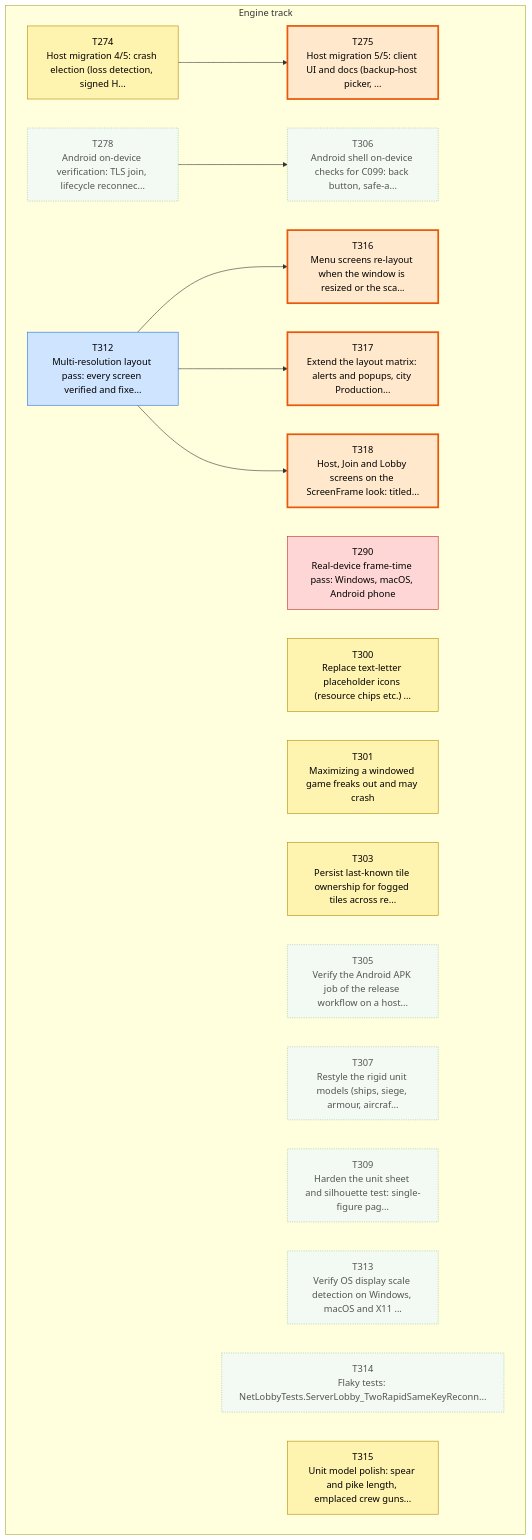
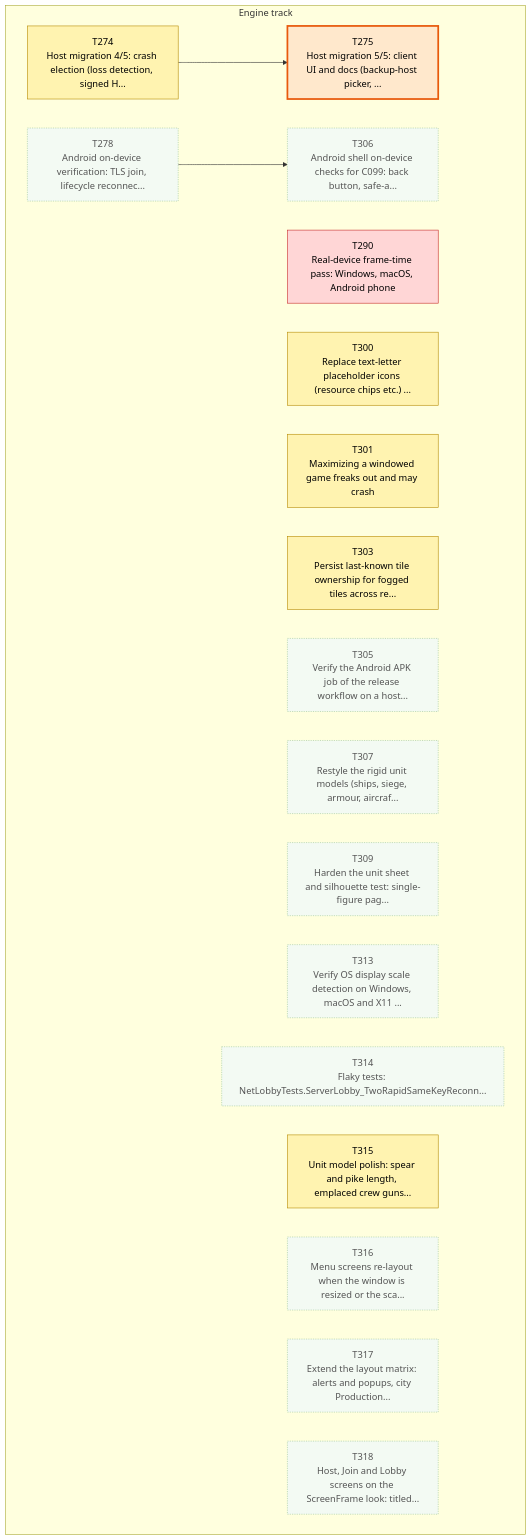
Before and after one commit to Kenmura/Unciv: the first of 3 diagrams in csharp/migration/DEPENDENCY_MAP.md, drawn with Mermaid. The commit also changed other lines of this file and 1 other file, not shown here.

````diff
--- a/csharp/migration/DEPENDENCY_MAP.md
+++ b/csharp/migration/DEPENDENCY_MAP.md
@@ -35,53 +35,48 @@
 ```mermaid
 flowchart TD
   subgraph TTRACK["Engine track"]
     T274["T274<br/>Host migration 4/5: crash election (loss detection, signed H..."]
     T275["T275<br/>Host migration 5/5: client UI and docs (backup-host picker, ..."]
     T278["T278<br/>Android on-device verification: TLS join, lifecycle reconnec..."]
     T290["T290<br/>Real-device frame-time pass: Windows, macOS, Android phone"]
     T300["T300<br/>Replace text-letter placeholder icons (resource chips etc.) ..."]
     T301["T301<br/>Maximizing a windowed game freaks out and may crash"]
     T303["T303<br/>Persist last-known tile ownership for fogged tiles across re..."]
     T305["T305<br/>Verify the Android APK job of the release workflow on a host..."]
     T306["T306<br/>Android shell on-device checks for C099: back button, safe-a..."]
     T307["T307<br/>Restyle the rigid unit models (ships, siege, armour, aircraf..."]
     T309["T309<br/>Harden the unit sheet and silhouette test: single-figure pag..."]
-    T312["T312<br/>Multi-resolution layout pass: every screen verified and fixe..."]
     T313["T313<br/>Verify OS display scale detection on Windows, macOS and X11 ..."]
     T314["T314<br/>Flaky tests: NetLobbyTests.ServerLobby_TwoRapidSameKeyReconn..."]
     T315["T315<br/>Unit model polish: spear and pike length, emplaced crew guns..."]
     T316["T316<br/>Menu screens re-layout when the window is resized or the sca..."]
     T317["T317<br/>Extend the layout matrix: alerts and popups, city Production..."]
     T318["T318<br/>Host, Join and Lobby screens on the ScreenFrame look: titled..."]
   end
   T274 --> T275
   T278 --> T306
-  T312 --> T316
-  T312 --> T317
-  T312 --> T318
   classDef waiting fill:#f3faf3,stroke:#9bc49b,color:#555,stroke-dasharray:2 2
   classDef ondeck fill:#ffe8cc,stroke:#e8590c,stroke-width:3px,color:#000
   classDef ready fill:#7ee787,stroke:#1a7f37,stroke-width:3px,color:#000
   classDef prog fill:#fff3b0,stroke:#b58900,color:#000
   classDef review fill:#cfe4ff,stroke:#1f6feb,color:#000
   classDef blocked fill:#ffd6d6,stroke:#c62828,color:#000
   classDef done fill:#eeeeee,stroke:#999999,color:#666,stroke-dasharray:4 3
   class T274 prog
   class T275 ondeck
   class T278 waiting
   class T290 blocked
   class T300 prog
   class T301 prog
   class T303 prog
   class T305 waiting
   class T306 waiting
   class T307 waiting
   class T309 waiting
-  class T312 review
   class T313 waiting
   class T314 waiting
   class T315 prog
-  class T316 ondeck
-  class T317 ondeck
-  class T318 ondeck
+  class T316 waiting
+  class T317 waiting
+  class T318 waiting
 ```
````
